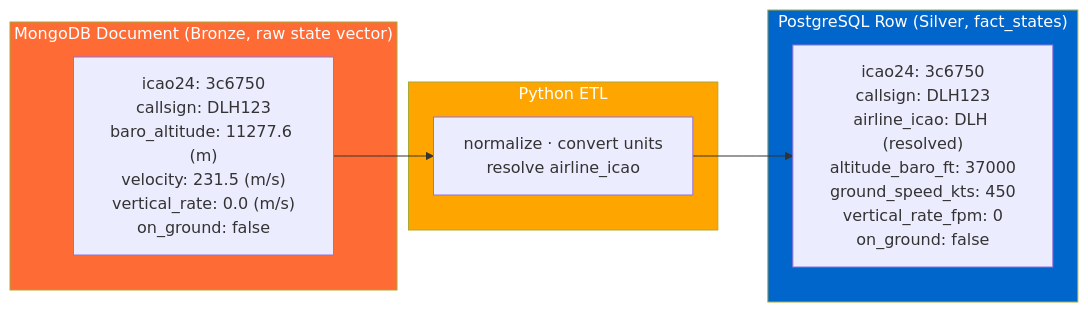
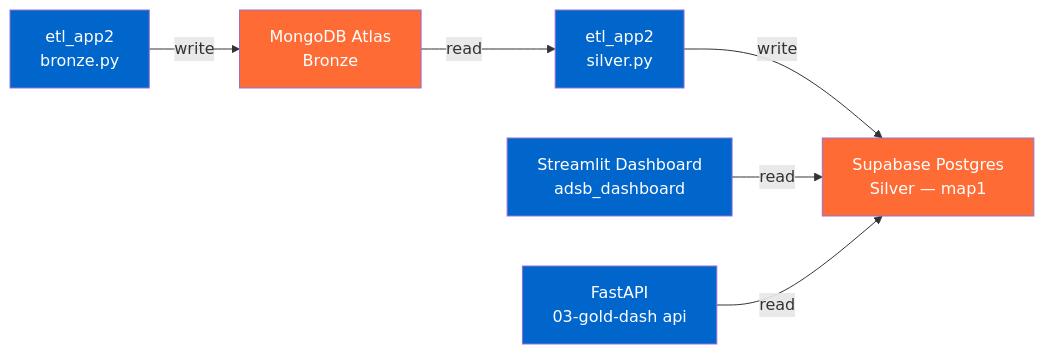
Before and after one commit to MatthiasSails/airline-data-platform: the fifth of 6 diagrams in docs/architecture/README.md, drawn with Mermaid. The commit also changed other lines of this file and 16 other files, not shown here.

First line of the commit message:
Remove orphaned Jupyter tooling, redesign landing page & architecture docs (#19)

````diff
--- a/docs/architecture/README.md
+++ b/docs/architecture/README.md
@@ -155,20 +157,22 @@
 ```mermaid
 graph LR
-    subgraph MONGO["MongoDB Document (Bronze, raw state vector)"]
-        M["icao24: 3c6750<br/>callsign: DLH123<br/>baro_altitude: 11277.6 (m)<br/>velocity: 231.5 (m/s)<br/>vertical_rate: 0.0 (m/s)<br/>on_ground: false"]
-    end
+    BRONZE["etl_app2<br/>bronze.py"]
+    SILVER["etl_app2<br/>silver.py"]
+    DASH1["Streamlit Dashboard<br/>adsb_dashboard"]
+    API["FastAPI<br/>03-gold-dash api"]
+    MONGO["MongoDB Atlas<br/>Bronze"]
+    SUPA["Supabase Postgres<br/>Silver — map1"]
 
-    subgraph ETL["Python ETL"]
-        T["normalize · convert units<br/>resolve airline_icao"]
-    end
-
-    subgraph PGSQL["PostgreSQL Row (Silver, fact_states)"]
-        P["icao24: 3c6750<br/>callsign: DLH123<br/>airline_icao: DLH (resolved)<br/>altitude_baro_ft: 37000<br/>ground_speed_kts: 450<br/>vertical_rate_fpm: 0<br/>on_ground: false"]
-    end
-
-    M --> T --> P
+    BRONZE -->|write| MONGO
+    MONGO -->|read| SILVER
+    SILVER -->|write| SUPA
+    DASH1 -->|read| SUPA
+    API -->|read| SUPA
 
     style MONGO fill:#FF6B35,color:#fff
-    style ETL fill:#FFA500,color:#fff
-    style PGSQL fill:#0066CC,color:#fff
+    style SUPA fill:#FF6B35,color:#fff
+    style BRONZE fill:#0066CC,color:#fff
+    style SILVER fill:#0066CC,color:#fff
+    style DASH1 fill:#0066CC,color:#fff
+    style API fill:#0066CC,color:#fff
 ```
````
